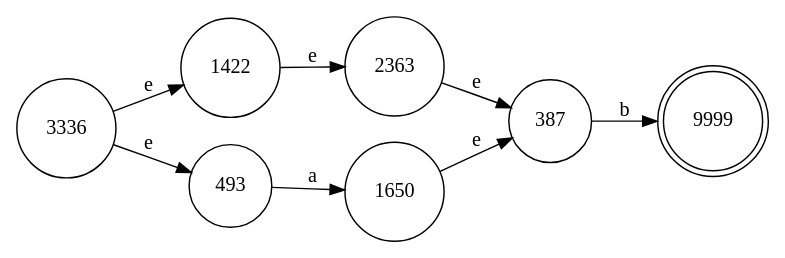
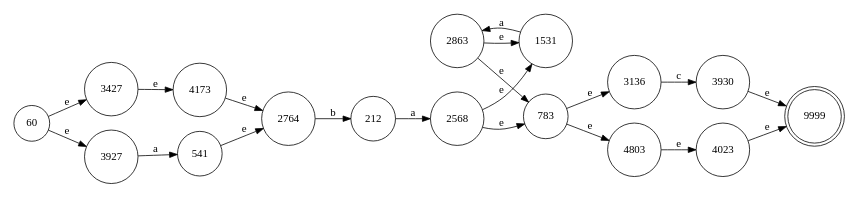
Before and after one commit to paulbelches/scannerAndParserGenerator: the diagram in thompson.gv, drawn with Graphviz. The commit also changed 11 other files, not shown here.

```diff
--- a/thompson.gv
+++ b/thompson.gv
@@ -1,20 +1,44 @@
 digraph finite_state_machine {
 	rankdir=LR size="8,5"
 	node [shape=doublecircle]
 	9999
 	node [shape=circle]
-	1422 -> 2363 [label=e
+	1531 -> 2863 [label=a
 ]
-	1650 -> 387 [label=e
+	212 -> 2568 [label=a
 ]
-	2363 -> 387 [label=e
+	2568 -> 1531 [label=e
 ]
-	3336 -> 1422 [label=e
+	2568 -> 783 [label=e
 ]
-	3336 -> 493 [label=e
+	2764 -> 212 [label=b
 ]
-	387 -> 9999 [label=b
+	2863 -> 1531 [label=e
 ]
-	493 -> 1650 [label=a
+	2863 -> 783 [label=e
+]
+	3136 -> 3930 [label=c
+]
+	3427 -> 4173 [label=e
+]
+	3927 -> 541 [label=a
+]
+	3930 -> 9999 [label=e
+]
+	4023 -> 9999 [label=e
+]
+	4173 -> 2764 [label=e
+]
+	4803 -> 4023 [label=e
+]
+	541 -> 2764 [label=e
+]
+	60 -> 3427 [label=e
+]
+	60 -> 3927 [label=e
+]
+	783 -> 3136 [label=e
+]
+	783 -> 4803 [label=e
 ]
 }
```
